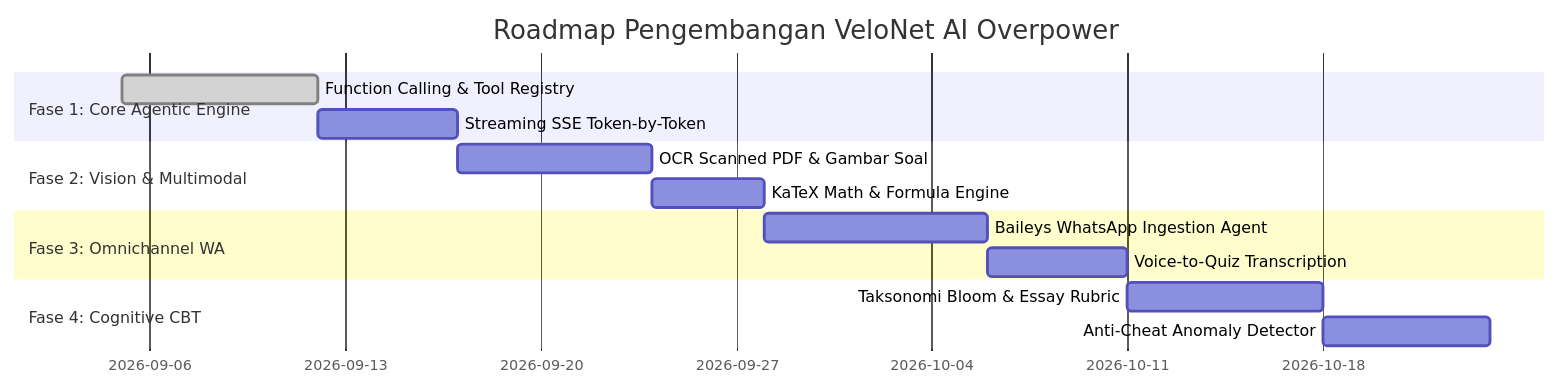
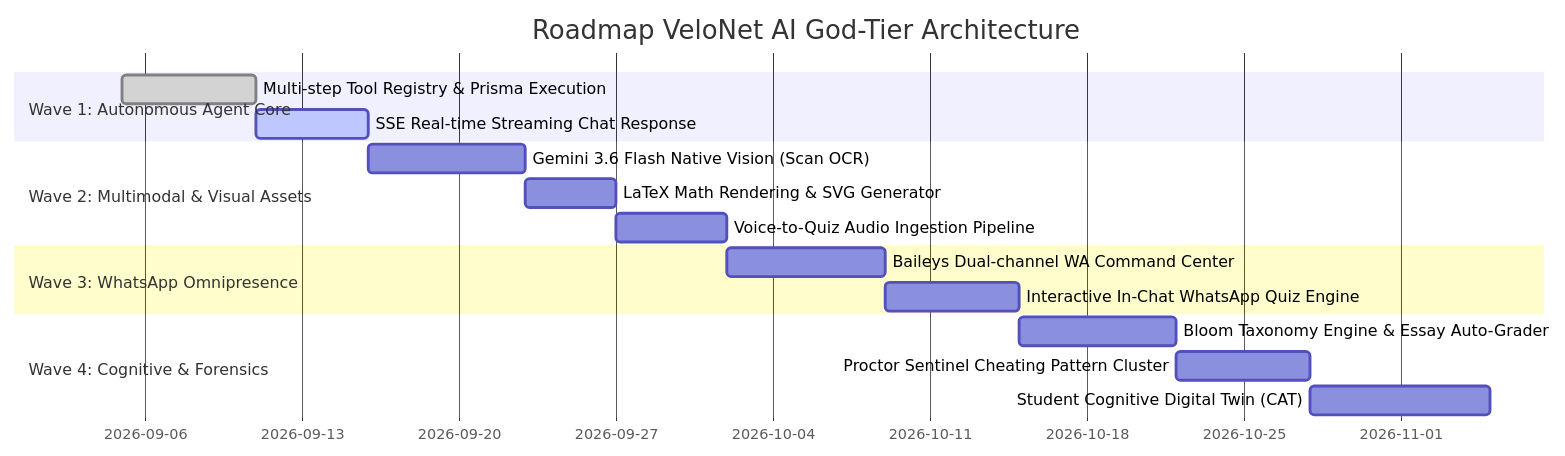
Before and after one commit to arumseduh-commits/velonet: the third of 3 diagrams in SPEC_AI_OVERPOWER_COPILOT.md, drawn with Mermaid. The commit also changed other lines of this file, not shown here.

Commit message:
docs: supercharge AI spec to God-Tier Multi-Agent Swarm, In-Chat WA Quiz, and Forensic Sentinel

````diff
--- a/SPEC_AI_OVERPOWER_COPILOT.md
+++ b/SPEC_AI_OVERPOWER_COPILOT.md
@@ -198,17 +333,19 @@
 ```mermaid
 gantt
-    title Roadmap Pengembangan VeloNet AI Overpower
+    title Roadmap VeloNet AI God-Tier Architecture
     dateFormat  YYYY-MM-DD
-    section Fase 1: Core Agentic Engine
-    Function Calling & Tool Registry :done, 2026-09-05, 7d
-    Streaming SSE Token-by-Token     :2026-09-12, 5d
-    section Fase 2: Vision & Multimodal
-    OCR Scanned PDF & Gambar Soal    :2026-09-17, 7d
-    KaTeX Math & Formula Engine      :2026-09-24, 4d
-    section Fase 3: Omnichannel WA
-    Baileys WhatsApp Ingestion Agent :2026-09-28, 8d
-    Voice-to-Quiz Transcription      :2026-10-06, 5d
-    section Fase 4: Cognitive CBT
-    Taksonomi Bloom & Essay Rubric   :2026-10-11, 7d
-    Anti-Cheat Anomaly Detector      :2026-10-18, 6d
+    section Wave 1: Autonomous Agent Core
+    Multi-step Tool Registry & Prisma Execution :done, 2026-09-05, 6d
+    SSE Real-time Streaming Chat Response       :active, 2026-09-11, 5d
+    section Wave 2: Multimodal & Visual Assets
+    Gemini 3.6 Flash Native Vision (Scan OCR)  :2026-09-16, 7d
+    LaTeX Math Rendering & SVG Generator       :2026-09-23, 4d
+    Voice-to-Quiz Audio Ingestion Pipeline     :2026-09-27, 5d
+    section Wave 3: WhatsApp Omnipresence
+    Baileys Dual-channel WA Command Center     :2026-10-02, 7d
+    Interactive In-Chat WhatsApp Quiz Engine   :2026-10-09, 6d
+    section Wave 4: Cognitive & Forensics
+    Bloom Taxonomy Engine & Essay Auto-Grader  :2026-10-15, 7d
+    Proctor Sentinel Cheating Pattern Cluster  :2026-10-22, 6d
+    Student Cognitive Digital Twin (CAT)       :2026-10-28, 8d
 ```
````
